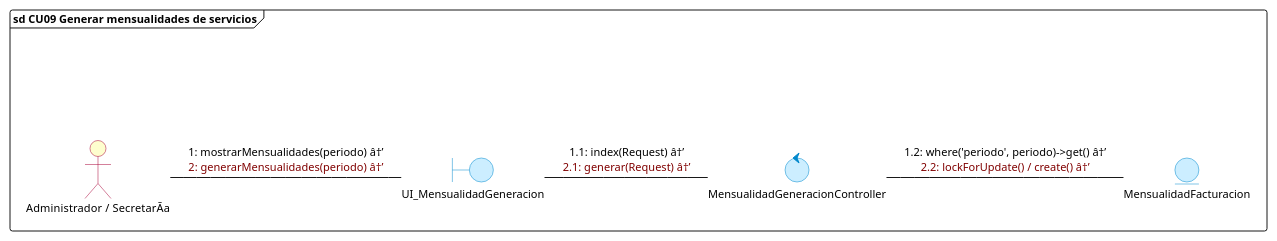
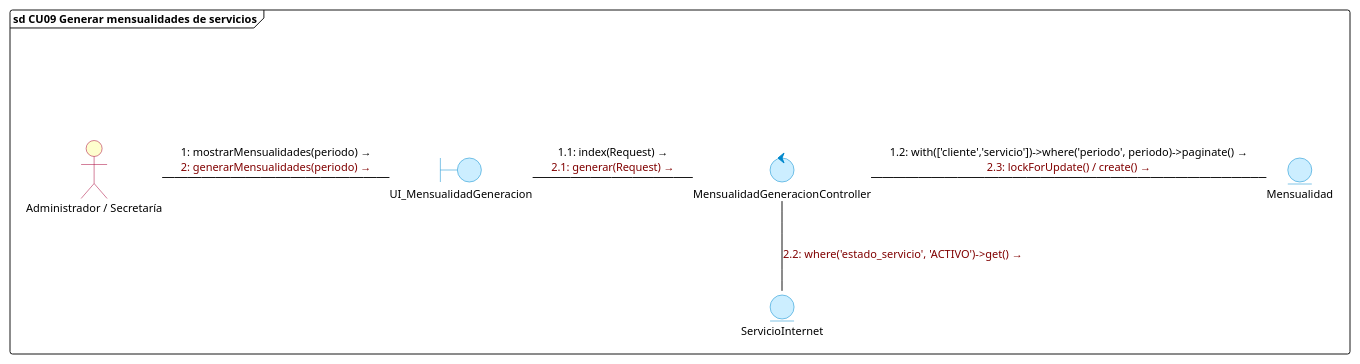
Before and after one commit to DiogoMars777/TELCOM-2.0: the ninth of 17 diagrams in diagramas/comunicacion/diagramas_comunicacion_todos_cu.puml, drawn with PlantUML. The commit also changed other lines of this file and 16 other files, not shown here.

Commit message:
docs: actualizar diagramas de comunicacion CU01 al CU17 con modelos y tablas canonicas de BD

```diff
--- a/diagramas/comunicacion/diagramas_comunicacion_todos_cu.puml
+++ b/diagramas/comunicacion/diagramas_comunicacion_todos_cu.puml
@@ -262,31 +284,34 @@
 @startuml cu09_generar_mensualidades
 skinparam backgroundColor white
 skinparam defaultFontName "Segoe UI"
 skinparam defaultFontSize 11
 skinparam interfaceBackgroundColor transparent
 skinparam interfaceBorderColor transparent
 skinparam actorBackgroundColor #FEFECE
 skinparam actorBorderColor #A80036
 skinparam boundaryBackgroundColor #CCEEFF
 skinparam boundaryBorderColor #0088CC
 skinparam controlBackgroundColor #CCEEFF
 skinparam controlBorderColor #0088CC
 skinparam entityBackgroundColor #CCEEFF
 skinparam entityBorderColor #0088CC
 
 frame "sd CU09 Generar mensualidades de servicios" {
     () " " as spacer
-    actor "Administrador / SecretarÃ­a" as Admin
+    actor "Administrador / Secretaría" as Admin
     boundary UI_MensualidadGeneracion
     control MensualidadGeneracionController
-    entity MensualidadFacturacion
+    entity Mensualidad
+    entity ServicioInternet
 
     spacer -[hidden]down- Admin
 
-    Admin -right- UI_MensualidadGeneracion : <font color=#000000>1: mostrarMensualidades(periodo) â†’</font>\n<font color=#800000>2: generarMensualidades(periodo) â†’</font>
+    Admin -right- UI_MensualidadGeneracion : <font color=#000000>1: mostrarMensualidades(periodo) →</font>\n<font color=#800000>2: generarMensualidades(periodo) →</font>
 
-    UI_MensualidadGeneracion -right- MensualidadGeneracionController : <font color=#000000>1.1: index(Request) â†’</font>\n<font color=#800000>2.1: generar(Request) â†’</font>
+    UI_MensualidadGeneracion -right- MensualidadGeneracionController : <font color=#000000>1.1: index(Request) →</font>\n<font color=#800000>2.1: generar(Request) →</font>
 
-    MensualidadGeneracionController -right- MensualidadFacturacion : <font color=#000000>1.2: where('periodo', periodo)->get() â†’</font>\n<font color=#800000>2.2: lockForUpdate() / create() â†’</font>
+    MensualidadGeneracionController -right- Mensualidad : <font color=#000000>1.2: with(['cliente','servicio'])->where('periodo', periodo)->paginate() →</font>\n<font color=#800000>2.3: lockForUpdate() / create() →</font>
+
+    MensualidadGeneracionController -down- ServicioInternet : <font color=#800000>2.2: where('estado_servicio', 'ACTIVO')->get() →</font>
 }
 @enduml
```
